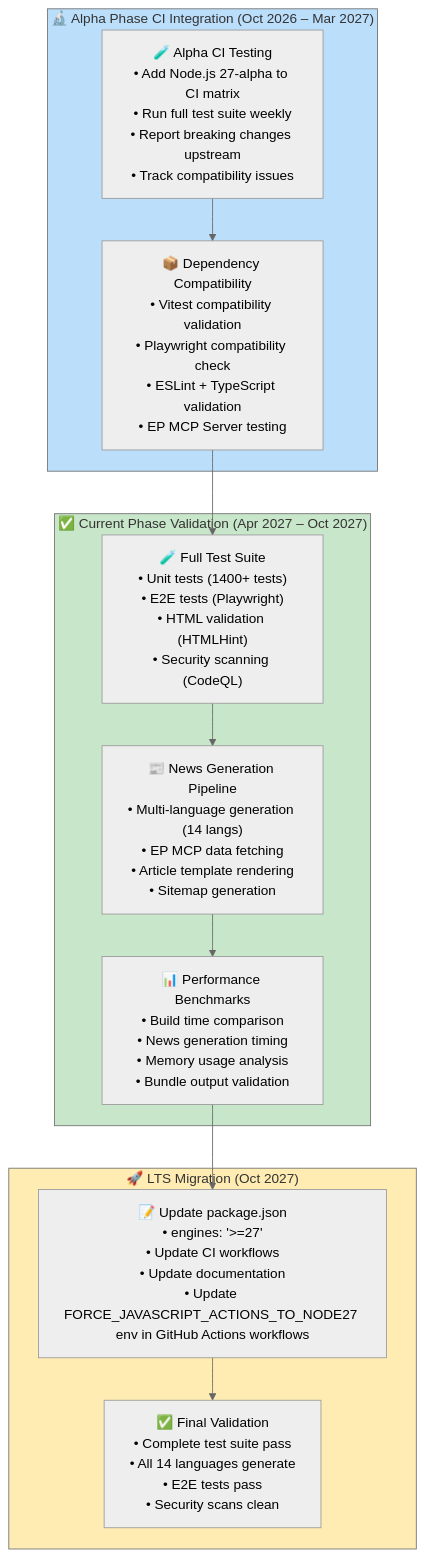
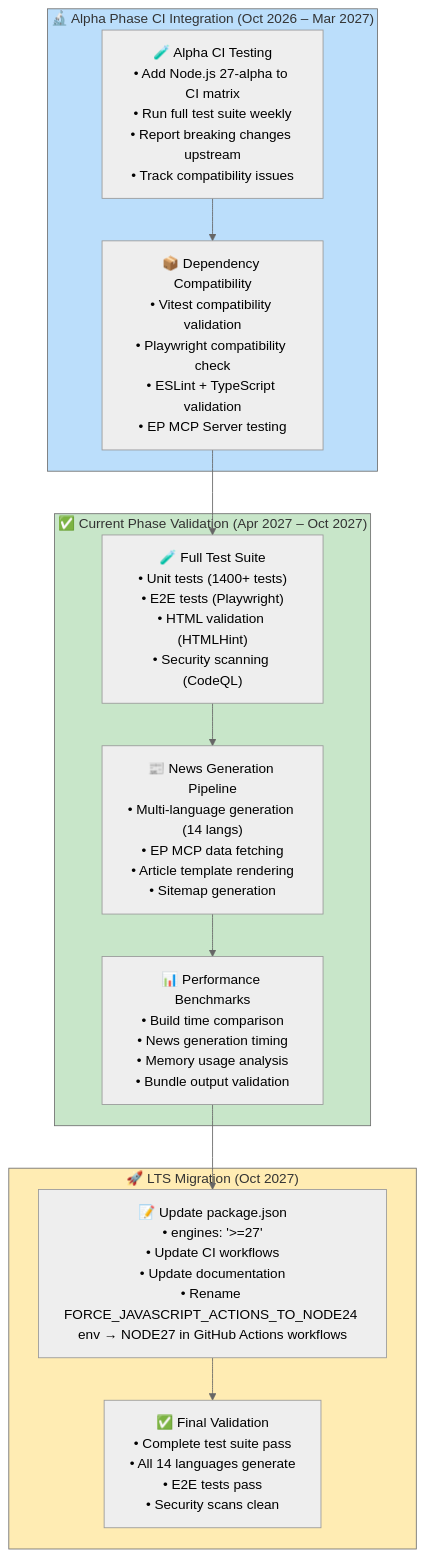
One commit to Hack23/euparliamentmonitor changed the third of 6 diagrams in End-of-Life-Strategy.md. Above: the diagram before and after it, drawn with Mermaid (neutral theme). The commit also changed 2 other files, not shown here.

Commit message:
Apply review feedback round 6: reconcile cost figures to ~$17/yr, fix fallback runbook for actual site layout, align env var name with current FORCE_JAVASCRIPT_ACTIONS_TO_NODE24, reword IaC fallback as reserved path
BCPPlan.md:
- Fallback runbook: updated to match actual deployment artifacts (root HTML, news/, index-*.html, sitemap.xml) instead of non-existent dist/build directory
- Removed references to non-existent deploy-github-pages-fallback workflow
- IaC section: reworded "Automated GitHub Pages deployment workflow" to "reserved secondary publishing option" since no such workflow exists
- Added post-incident reversion and automation-creation guidance

FinancialSecurityPlan.md:
- Reconciled cost figures: pie chart ($5 + $12 = $17) now matches total row (~$17/yr), bar chart (17), and comparison table (~$17)
- Previously total said ~$12/yr (domain only) while pie chart showed ~$5 for AWS hosting

End-of-Life-Strategy.md:
- Migration flowchart: changed FORCE_JAVASCRIPT_ACTIONS_TO_NODE27 to "Rename FORCE_JAVASCRIPT_ACTIONS_TO_NODE24 env → NODE27" to reflect current env var name

````diff
--- a/End-of-Life-Strategy.md
+++ b/End-of-Life-Strategy.md
@@ -254,29 +254,29 @@
 ```mermaid
 flowchart TB
     subgraph ALPHA["🔬 Alpha Phase CI Integration (Oct 2026 – Mar 2027)"]
         ALPHA_CI["🧪 Alpha CI Testing<br/>• Add Node.js 27-alpha to CI matrix<br/>• Run full test suite weekly<br/>• Report breaking changes upstream<br/>• Track compatibility issues"]
         DEP_COMPAT["📦 Dependency Compatibility<br/>• Vitest compatibility validation<br/>• Playwright compatibility check<br/>• ESLint + TypeScript validation<br/>• EP MCP Server testing"]
     end
 
     subgraph CURRENT["✅ Current Phase Validation (Apr 2027 – Oct 2027)"]
         FULL_TEST["🧪 Full Test Suite<br/>• Unit tests (1400+ tests)<br/>• E2E tests (Playwright)<br/>• HTML validation (HTMLHint)<br/>• Security scanning (CodeQL)"]
         NEWS_GEN["📰 News Generation Pipeline<br/>• Multi-language generation (14 langs)<br/>• EP MCP data fetching<br/>• Article template rendering<br/>• Sitemap generation"]
         PERF_BENCH["📊 Performance Benchmarks<br/>• Build time comparison<br/>• News generation timing<br/>• Memory usage analysis<br/>• Bundle output validation"]
     end
 
     subgraph MIGRATION["🚀 LTS Migration (Oct 2027)"]
-        UPDATE_ENGINES["📝 Update package.json<br/>• engines: '>=27'<br/>• Update CI workflows<br/>• Update documentation<br/>• Update FORCE_JAVASCRIPT_ACTIONS_TO_NODE27 env in GitHub Actions workflows"]
+        UPDATE_ENGINES["📝 Update package.json<br/>• engines: '>=27'<br/>• Update CI workflows<br/>• Update documentation<br/>• Rename FORCE_JAVASCRIPT_ACTIONS_TO_NODE24 env → NODE27 in GitHub Actions workflows"]
         FINAL_VALIDATION["✅ Final Validation<br/>• Complete test suite pass<br/>• All 14 languages generate<br/>• E2E tests pass<br/>• Security scans clean"]
     end
 
     ALPHA_CI --> DEP_COMPAT
     DEP_COMPAT --> FULL_TEST
     FULL_TEST --> NEWS_GEN
     NEWS_GEN --> PERF_BENCH
     PERF_BENCH --> UPDATE_ENGINES
     UPDATE_ENGINES --> FINAL_VALIDATION
 
     style ALPHA fill:#bbdefb
     style CURRENT fill:#c8e6c9
     style MIGRATION fill:#ffecb3
 ```
````
